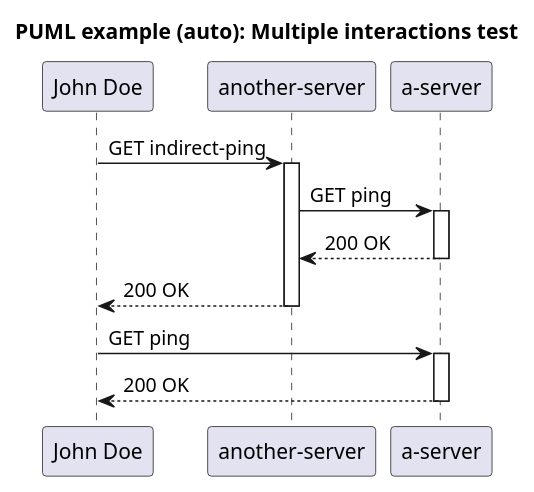
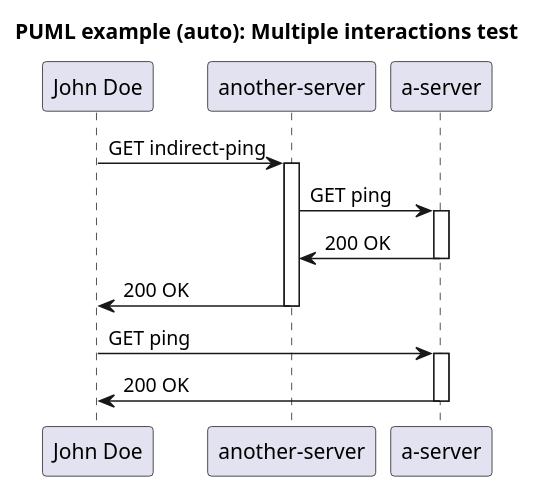
One commit to http4k/http4k-diagram-examples changed the diagram in sequence-diagrams/.generated/diagrams/PUML example (auto): Multiple interactions test - Sequence.puml. Above: the diagram before and after it, drawn with PlantUML. The commit also changed 9 other files, not shown here.

Commit message:
adding mermaid sequence diagram

```diff
--- a/sequence-diagrams/.generated/diagrams/PUML example (auto): Multiple interactions test - Sequence.puml
+++ b/sequence-diagrams/.generated/diagrams/PUML example (auto): Multiple interactions test - Sequence.puml
@@ -1,20 +1,20 @@
 @startuml
 title PUML example (auto): Multiple interactions test
 participant "John Doe"
 participant "another-server"
 participant "a-server"
 "John Doe" -> "another-server": GET indirect-ping 
 activate "another-server"
 "another-server" -> "a-server": GET ping 
 activate "a-server"
 
-"a-server" --> "another-server": 200 OK
+"a-server" -> "another-server": 200 OK
 deactivate "a-server"
-"another-server" --> "John Doe": 200 OK
+"another-server" -> "John Doe": 200 OK
 deactivate "another-server"
 "John Doe" -> "a-server": GET ping 
 activate "a-server"
 
-"a-server" --> "John Doe": 200 OK
+"a-server" -> "John Doe": 200 OK
 deactivate "a-server"
     @enduml
```
